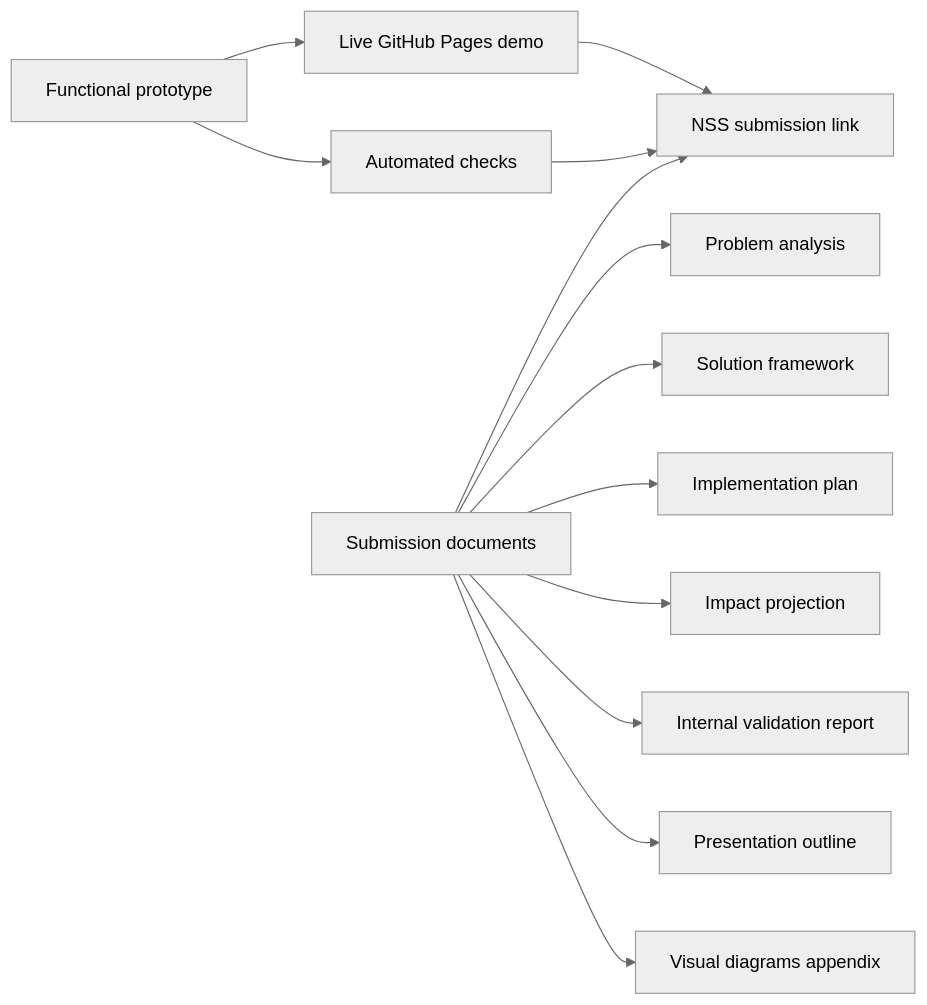
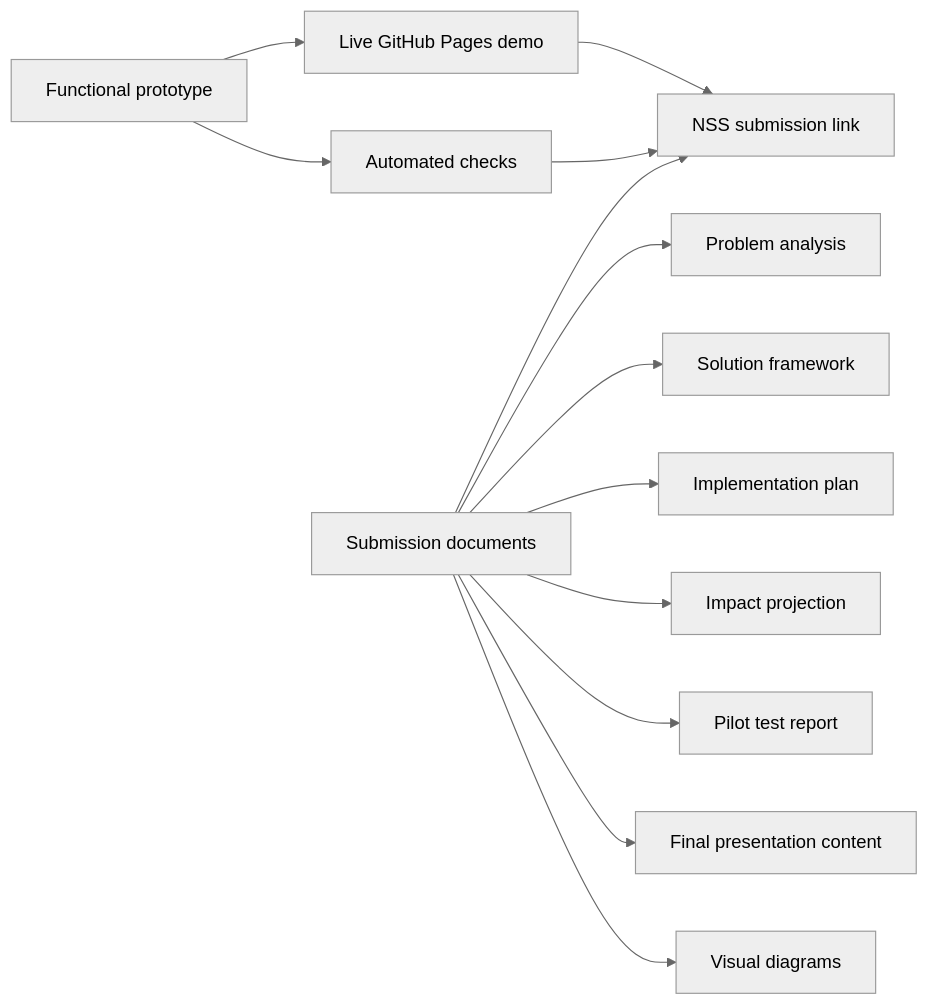
The sixth of 6 diagrams in submission/08-visual-diagrams.md (parzival1821/Multilingual_Chatbot), drawn with Mermaid (neutral theme) before and after one commit. The commit also changed other lines of this file and 22 other files, not shown here.

````diff
--- a/submission/08-visual-diagrams.md
+++ b/submission/08-visual-diagrams.md
@@ -104,17 +104,17 @@
 ```mermaid
 flowchart LR
   App["Functional prototype"] --> Demo["Live GitHub Pages demo"]
   App --> Tests["Automated checks"]
 
   Docs["Submission documents"] --> Problem["Problem analysis"]
   Docs --> Framework["Solution framework"]
   Docs --> Plan["Implementation plan"]
   Docs --> Impact["Impact projection"]
-  Docs --> Pilot["Internal validation report"]
-  Docs --> Deck["Presentation outline"]
-  Docs --> Diagrams["Visual diagrams appendix"]
+  Docs --> Pilot["Pilot test report"]
+  Docs --> Deck["Final presentation content"]
+  Docs --> Diagrams["Visual diagrams"]
 
   Demo --> Submit["NSS submission link"]
   Tests --> Submit
   Docs --> Submit
 ```
````
